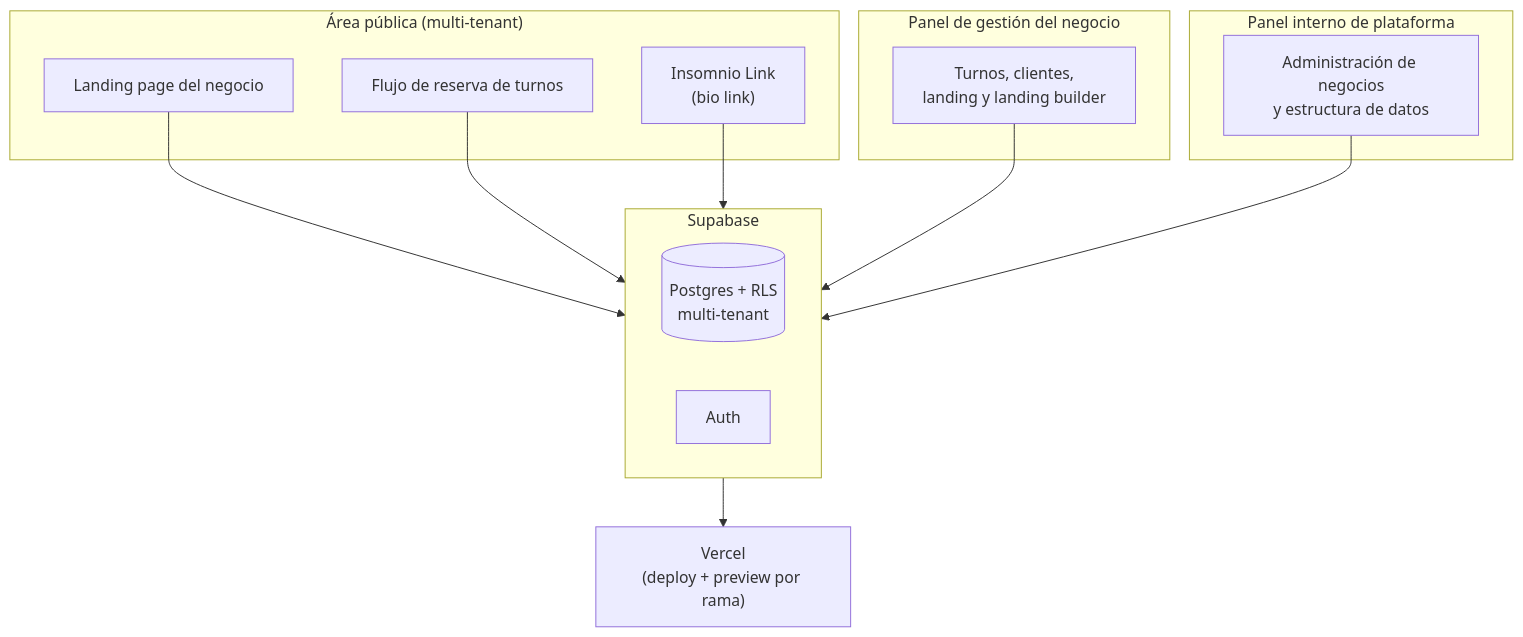
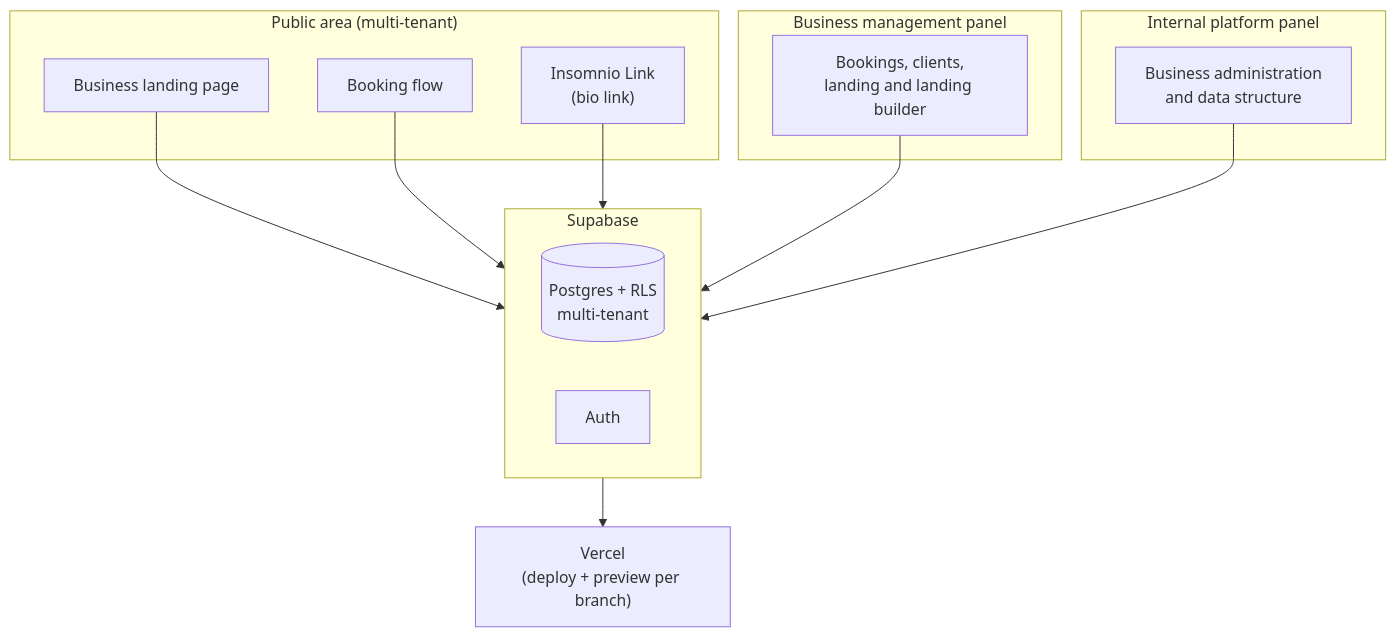
One commit to JonGod22/proyecto_insomnio changed the diagram in README.md. Above: the diagram before and after it, drawn with Mermaid. The commit also changed other lines of this file, not shown here.

````diff
--- a/README.md
+++ b/README.md
@@ -51,29 +51,29 @@
 ```mermaid
 flowchart TB
-    subgraph Publico["Área pública (multi-tenant)"]
-        Landing["Landing page del negocio"]
-        Booking["Flujo de reserva de turnos"]
+    subgraph Public["Public area (multi-tenant)"]
+        Landing["Business landing page"]
+        Booking["Booking flow"]
         Link["Insomnio Link\n(bio link)"]
     end
 
-    subgraph Gestion["Panel de gestión del negocio"]
-        AdminPanel["Turnos, clientes,\nlanding y landing builder"]
+    subgraph Management["Business management panel"]
+        AdminPanel["Bookings, clients,\nlanding and landing builder"]
     end
 
-    subgraph Plataforma["Panel interno de plataforma"]
-        SA["Administración de negocios\ny estructura de datos"]
+    subgraph Platform["Internal platform panel"]
+        SA["Business administration\nand data structure"]
     end
 
     subgraph Backend["Supabase"]
         DB[("Postgres + RLS\nmulti-tenant")]
         Auth["Auth"]
     end
 
     Landing --> Backend
     Booking --> Backend
     Link --> Backend
     AdminPanel --> Backend
     SA --> Backend
 
-    Backend --> Vercel["Vercel\n(deploy + preview por rama)"]
+    Backend --> Vercel["Vercel\n(deploy + preview per branch)"]
 ```
````
